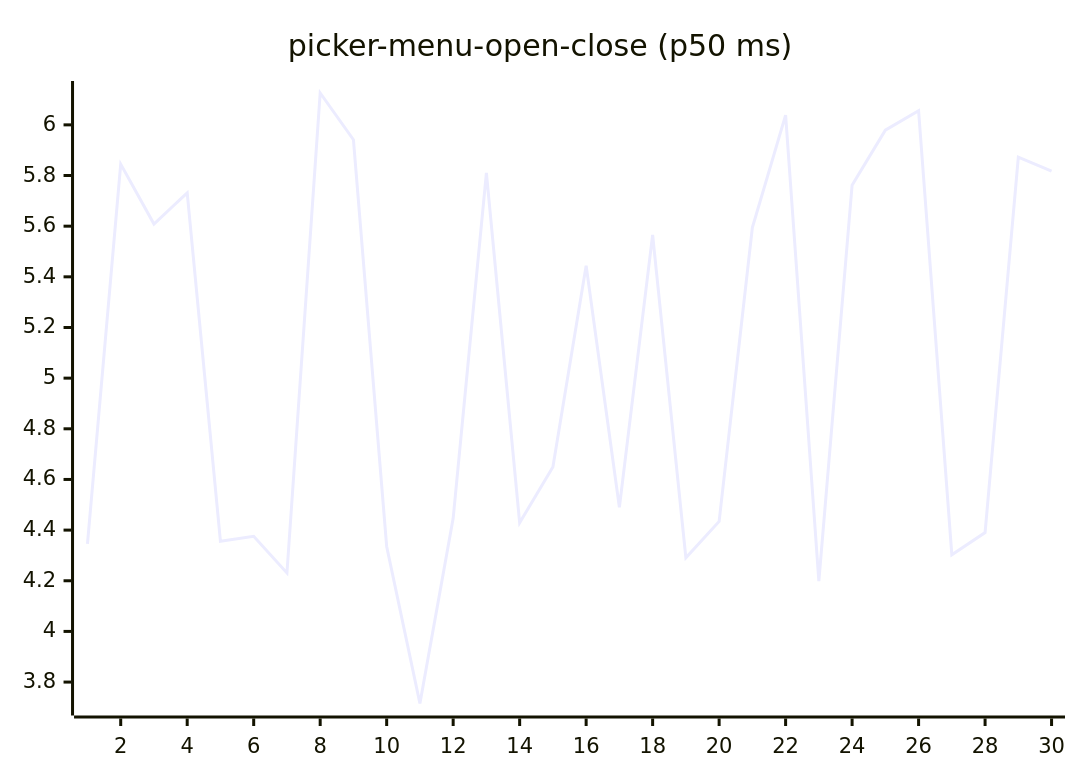
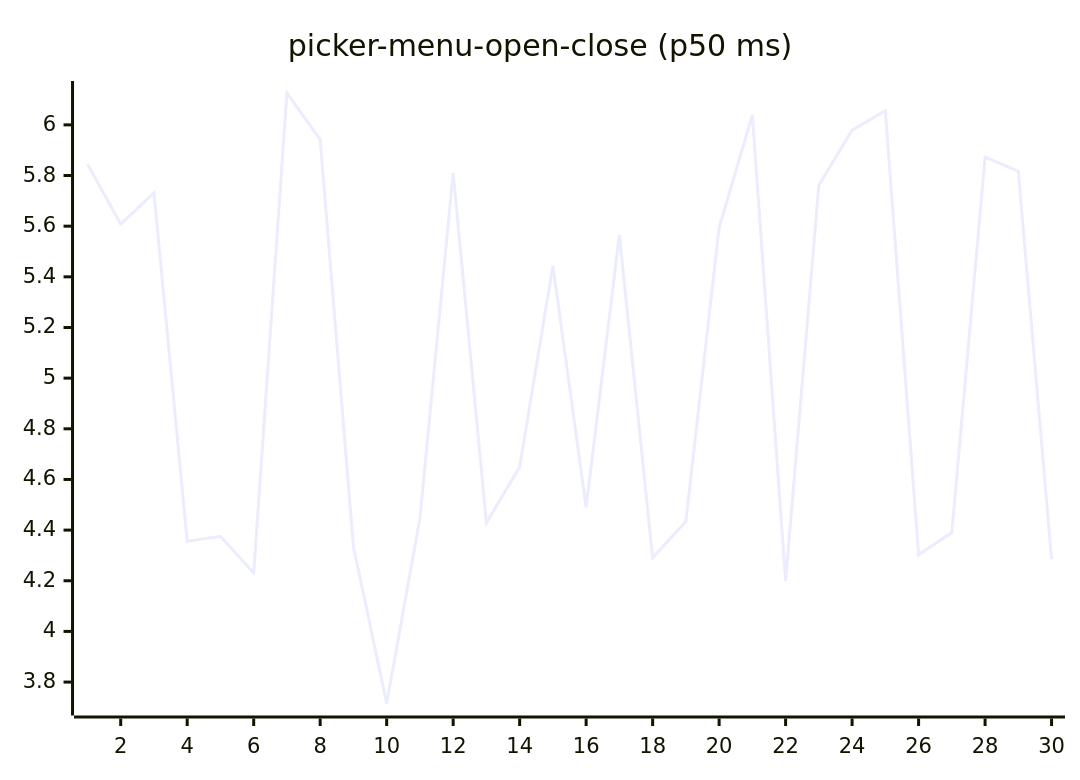
Diagram 16 of 27 in README.md (josha/Facet), drawn with Mermaid before and after one commit. The commit also changed other lines of this file and 2 other files, not shown here.

````diff
--- a/README.md
+++ b/README.md
@@ -168,6 +168,6 @@
 ```mermaid
 xychart-beta
     title "picker-menu-open-close (p50 ms)"
     x-axis 1 --> 30
-    line [4.3452, 5.8449, 5.6085, 5.7317, 4.3559, 4.3756, 4.2307, 6.1258, 5.9413, 4.3353, 3.7154, 4.4466, 5.8101, 4.4287, 4.6495, 5.4442, 4.4899, 5.5654, 4.2905, 4.4342, 5.5941, 6.0384, 4.1981, 5.7619, 5.9791, 6.0560, 4.3027, 4.3902, 5.8724, 5.8169]
+    line [5.8449, 5.6085, 5.7317, 4.3559, 4.3756, 4.2307, 6.1258, 5.9413, 4.3353, 3.7154, 4.4466, 5.8101, 4.4287, 4.6495, 5.4442, 4.4899, 5.5654, 4.2905, 4.4342, 5.5941, 6.0384, 4.1981, 5.7619, 5.9791, 6.0560, 4.3027, 4.3902, 5.8724, 5.8169, 4.2859]
 ```
````
